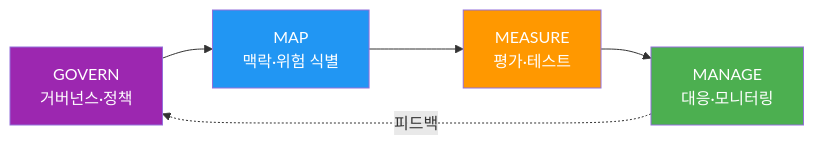
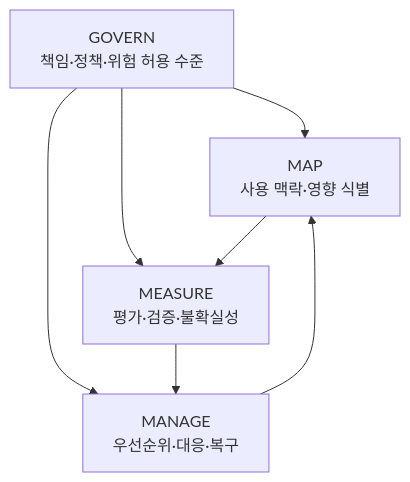
One commit to devfloor9/engineering-playbook changed the diagram in docs/aidlc/enterprise/regulatory-compliance/frameworks/nist-ai-rmf.md. Above: the diagram before and after it, drawn with Mermaid. The commit also changed other lines of this file and 5 other files, not shown here.

````diff
--- a/docs/aidlc/enterprise/regulatory-compliance/frameworks/nist-ai-rmf.md
+++ b/docs/aidlc/enterprise/regulatory-compliance/frameworks/nist-ai-rmf.md
@@ -35,17 +30,13 @@
 ```mermaid
-graph LR
-    GOV[GOVERN<br/>거버넌스·정책]
-    MAP[MAP<br/>맥락·위험 식별]
-    MEASURE[MEASURE<br/>평가·테스트]
-    MANAGE[MANAGE<br/>대응·모니터링]
-
+flowchart TB
+    accTitle: NIST AI RMF의 네 기능
+    accDescr: GOVERN이 MAP, MEASURE, MANAGE 전체를 지원하고 세 기능은 맥락 식별, 측정, 대응을 반복한다.
+    GOV["GOVERN<br/>책임·정책·위험 허용 수준"]
+    MAP["MAP<br/>사용 맥락·영향 식별"]
+    MEASURE["MEASURE<br/>평가·검증·불확실성"]
+    MANAGE["MANAGE<br/>우선순위·대응·복구"]
     GOV --> MAP
-    MAP --> MEASURE
-    MEASURE --> MANAGE
-    MANAGE -.피드백.-> GOV
-
-    style GOV fill:#9c27b0,color:#fff
-    style MAP fill:#2196f3,color:#fff
-    style MEASURE fill:#ff9800,color:#fff
-    style MANAGE fill:#4caf50,color:#fff
+    GOV --> MEASURE
+    GOV --> MANAGE
+    MAP --> MEASURE --> MANAGE --> MAP
 ```
````
